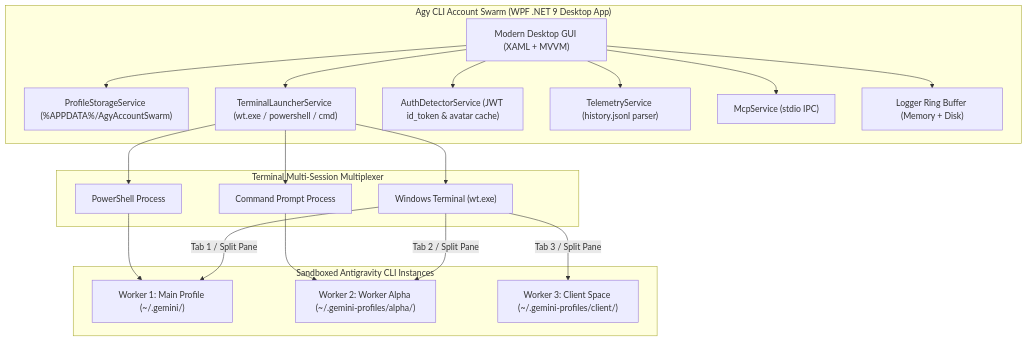
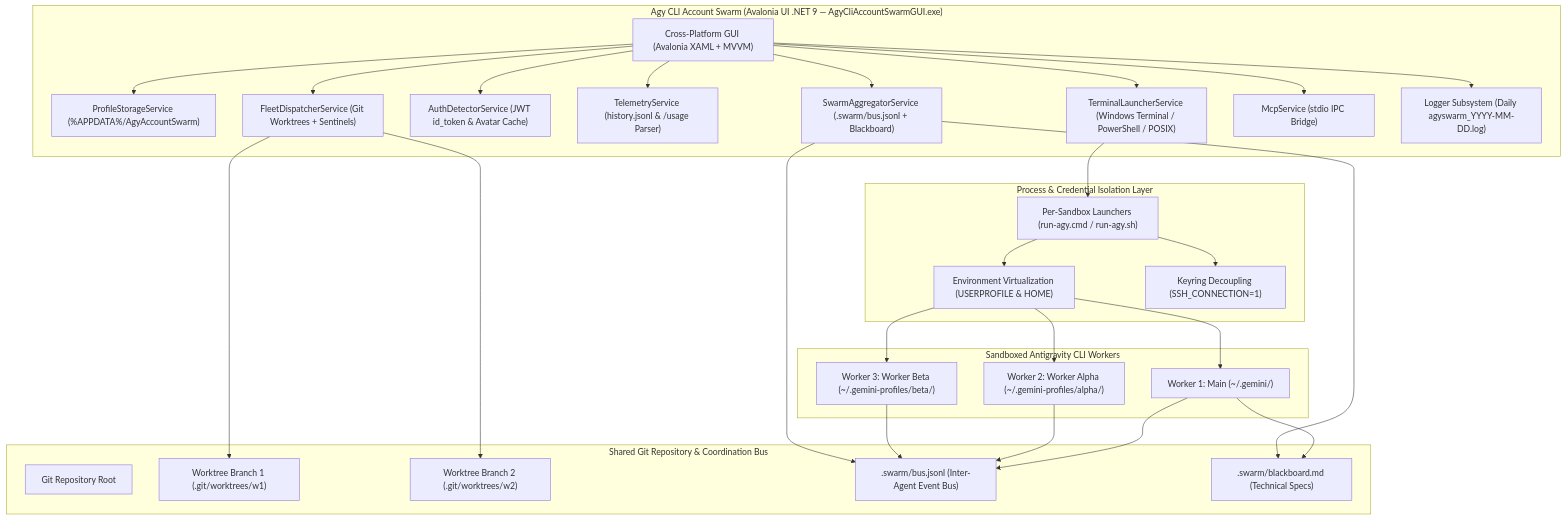
Before and after one commit to RifkyA911/agy-cli-account-swarm: the diagram in README.md, drawn with Mermaid. The commit also changed other lines of this file and 21 other files, not shown here.

First line of the commit message:
feat(avalonia): consolidate AgyCliAccountSwarmGUI, overhaul logging, visual tour & documentation

````diff
--- a/README.md
+++ b/README.md
@@ -143,42 +204,60 @@
 ```mermaid
-graph TD
-    subgraph DesktopGUI ["Agy CLI Account Swarm (WPF .NET 9 Desktop App)"]
-        UI["Modern Desktop GUI (XAML + MVVM)"]
+flowchart TD
+    subgraph DesktopGUI ["Agy CLI Account Swarm (Avalonia UI .NET 9 — AgyCliAccountSwarmGUI.exe)"]
+        UI["Cross-Platform GUI (Avalonia XAML + MVVM)"]
         Storage["ProfileStorageService (%APPDATA%/AgyAccountSwarm)"]
-        Launcher["TerminalLauncherService (wt.exe / powershell / cmd)"]
-        AuthDet["AuthDetectorService (JWT id_token & avatar cache)"]
-        Telemetry["TelemetryService (history.jsonl parser)"]
-        Mcp["McpService (stdio IPC)"]
-        Logger["Logger Ring Buffer (Memory + Disk)"]
+        Launcher["TerminalLauncherService (Windows Terminal / PowerShell / POSIX)"]
+        AuthDet["AuthDetectorService (JWT id_token & Avatar Cache)"]
+        Telemetry["TelemetryService (history.jsonl & /usage Parser)"]
+        SwarmBus["SwarmAggregatorService (.swarm/bus.jsonl + Blackboard)"]
+        FleetDisp["FleetDispatcherService (Git Worktrees + Sentinels)"]
+        Mcp["McpService (stdio IPC Bridge)"]
+        DailyLog["Logger Subsystem (Daily agyswarm_YYYY-MM-DD.log)"]
         
         UI --> Storage
         UI --> Launcher
         UI --> AuthDet
         UI --> Telemetry
+        UI --> SwarmBus
+        UI --> FleetDisp
         UI --> Mcp
-        UI --> Logger
+        UI --> DailyLog
     end
 
-    subgraph TerminalMultiplexer ["Terminal Multi-Session Multiplexer"]
-        WT["Windows Terminal (wt.exe)"]
-        PS["PowerShell Process"]
-        CMD["Command Prompt Process"]
+    subgraph IsolationLayer ["Process & Credential Isolation Layer"]
+        EnvVirt["Environment Virtualization (USERPROFILE & HOME)"]
+        KeyringDecouple["Keyring Decoupling (SSH_CONNECTION=1)"]
+        LauncherScripts["Per-Sandbox Launchers (run-agy.cmd / run-agy.sh)"]
         
-        Launcher --> WT
-        Launcher --> PS
-        Launcher --> CMD
+        Launcher --> LauncherScripts
+        LauncherScripts --> EnvVirt
+        LauncherScripts --> KeyringDecouple
     end
 
-    subgraph SandboxedWorkers ["Sandboxed Antigravity CLI Instances"]
-        W1["Worker 1: Main Profile (~/.gemini/)"]
+    subgraph SandboxedWorkers ["Sandboxed Antigravity CLI Workers"]
+        W1["Worker 1: Main (~/.gemini/)"]
         W2["Worker 2: Worker Alpha (~/.gemini-profiles/alpha/)"]
-        W3["Worker 3: Client Space (~/.gemini-profiles/client/)"]
+        W3["Worker 3: Worker Beta (~/.gemini-profiles/beta/)"]
         
-        WT -->|Tab 1 / Split Pane| W1
-        WT -->|Tab 2 / Split Pane| W2
-        WT -->|Tab 3 / Split Pane| W3
+        EnvVirt --> W1
+        EnvVirt --> W2
+        EnvVirt --> W3
+    end
+
+    subgraph SharedProject ["Shared Git Repository & Coordination Bus"]
+        RepoRoot["Git Repository Root"]
+        WT1["Worktree Branch 1 (.git/worktrees/w1)"]
+        WT2["Worktree Branch 2 (.git/worktrees/w2)"]
+        BusFile[".swarm/bus.jsonl (Inter-Agent Event Bus)"]
+        Blackboard[".swarm/blackboard.md (Technical Specs)"]
         
-        PS --> W1
-        CMD --> W2
+        FleetDisp --> WT1
+        FleetDisp --> WT2
+        W1 --> BusFile
+        W2 --> BusFile
+        W3 --> BusFile
+        W1 --> Blackboard
+        SwarmBus --> BusFile
+        SwarmBus --> Blackboard
     end
 ```
````
